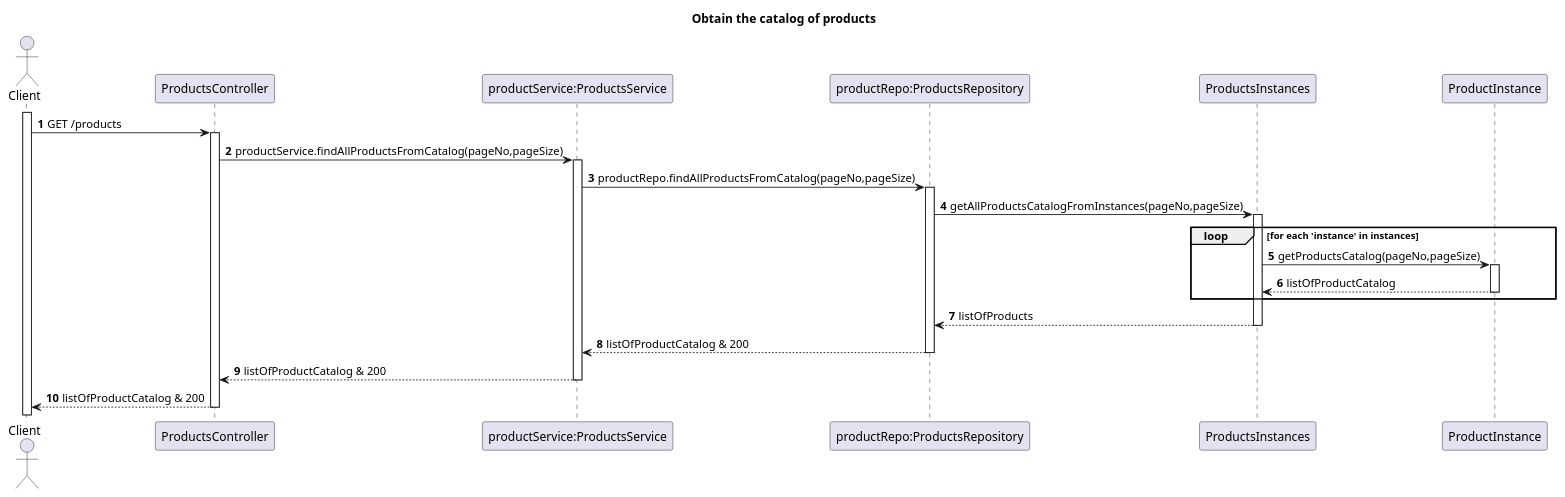
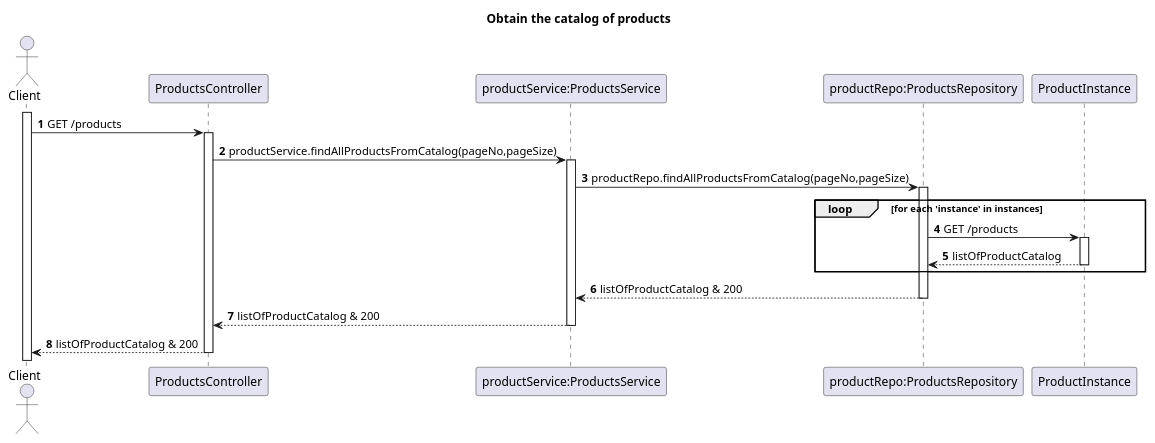
One commit to TiagoNora/SIDIS-Docs changed the diagram in Docs/US01-SD.puml. Above: the diagram before and after it, drawn with PlantUML.

Commit message:
Criar US02

```diff
--- a/Docs/US01-SD.puml
+++ b/Docs/US01-SD.puml
@@ -1,30 +1,27 @@
 @startuml
 'https://plantuml.com/sequence-diagram
 
 title Obtain the catalog of products
 autoactivate on
 autonumber
 
 actor "Client" as client
 participant "ProductsController" as controller
 participant "productService:ProductsService" as service
 participant "productRepo:ProductsRepository" as repository
-participant "ProductsInstances" as instances
 participant "ProductInstance" as instance
 
 activate client
 
 client -> controller : GET /products
 controller -> service : productService.findAllProductsFromCatalog(pageNo,pageSize)
 service -> repository: productRepo.findAllProductsFromCatalog(pageNo,pageSize)
-repository -> instances: getAllProductsCatalogFromInstances(pageNo,pageSize)
 loop for each 'instance' in instances
- instances -> instance : getProductsCatalog(pageNo,pageSize)
- instance --> instances: listOfProductCatalog
+ repository -> instance : GET /products
+ instance --> repository: listOfProductCatalog
 end loop
-instances --> repository: listOfProducts
 repository --> service: listOfProductCatalog & 200
 service --> controller: listOfProductCatalog & 200
 controller --> client: listOfProductCatalog & 200
 
 @enduml
```
